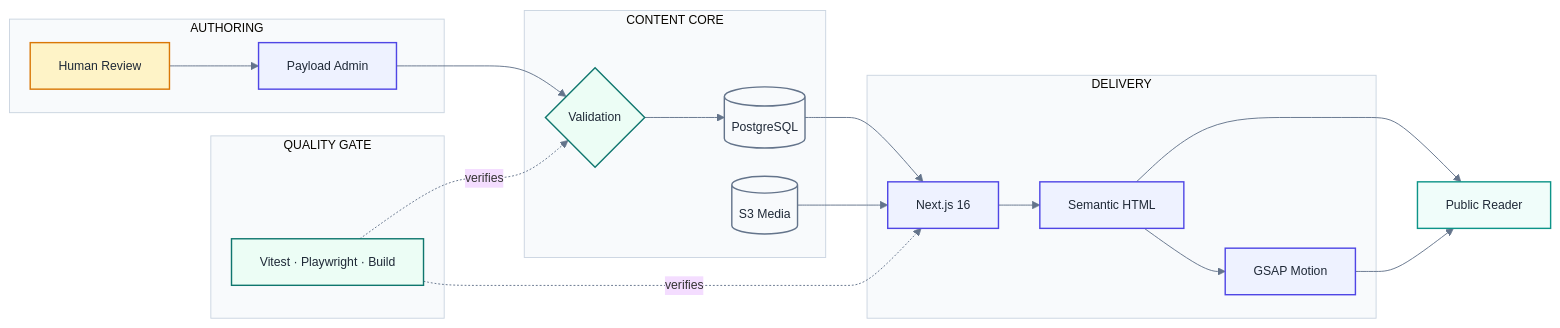
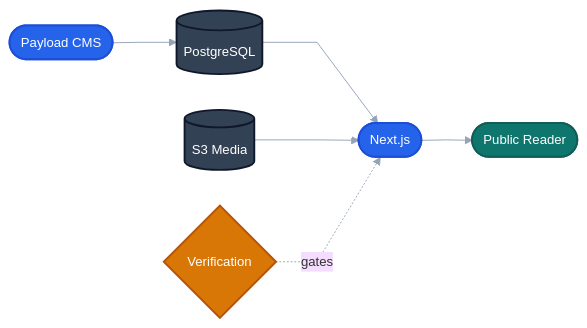
Before and after one commit to drferdi/Kediri-Kings-Century: the second of 4 diagrams in README.md, drawn with Mermaid. The commit also changed other lines of this file, not shown here.

Commit message:
docs(readme): redesign Mermaid diagrams

```diff
--- a/README.md
+++ b/README.md
@@ -381,45 +358,24 @@
 ~~~mermaid
-%%{init: {'theme':'base','flowchart':{'curve':'basis','nodeSpacing':30,'rankSpacing':44},'themeVariables':{'fontFamily':'Inter, ui-sans-serif, system-ui','fontSize':'13px','lineColor':'#64748B','clusterBkg':'#F8FAFC','clusterBorder':'#CBD5E1'}}}%%
+%%{init: {'theme':'base','flowchart':{'curve':'linear','nodeSpacing':38,'rankSpacing':54},'themeVariables':{'fontFamily':'Inter, ui-sans-serif, system-ui','fontSize':'14px','lineColor':'#94A3B8'}}}%%
 flowchart LR
-  subgraph AUTHOR["AUTHORING"]
-    REVIEWER["Human Review"]
-    ADMIN["Payload Admin"]
-  end
+  A(["Payload CMS"])
+  B[("PostgreSQL")]
+  C(["Next.js"])
+  D(["Public Reader"])
+  E[("S3 Media")]
+  F{"Verification"}
 
-  subgraph CORE["CONTENT CORE"]
-    VALIDATE{"Validation"}
-    DB[("PostgreSQL")]
-    S3[("S3 Media")]
-  end
+  A --> B --> C --> D
+  E --> C
+  F -. gates .-> C
 
-  subgraph DELIVERY["DELIVERY"]
-    NEXT["Next.js 16"]
-    HTML["Semantic HTML"]
-    MOTION["GSAP Motion"]
-  end
+  classDef system fill:#2563EB,stroke:#1D4ED8,stroke-width:2px,color:#FFFFFF;
+  classDef data fill:#334155,stroke:#0F172A,stroke-width:2px,color:#FFFFFF;
+  classDef verify fill:#D97706,stroke:#B45309,stroke-width:2px,color:#FFFFFF;
+  classDef output fill:#0F766E,stroke:#115E59,stroke-width:2px,color:#FFFFFF;
 
-  subgraph QA["QUALITY GATE"]
-    VERIFY["Vitest · Playwright · Build"]
-  end
-
-  READER["Public Reader"]
-
-  REVIEWER --> ADMIN --> VALIDATE --> DB --> NEXT
-  S3 --> NEXT
-  NEXT --> HTML --> READER
-  HTML --> MOTION --> READER
-  VERIFY -. verifies .-> VALIDATE
-  VERIFY -. verifies .-> NEXT
-
-  classDef human fill:#FEF3C7,stroke:#D97706,stroke-width:1.5px,color:#1F2937;
-  classDef system fill:#EEF2FF,stroke:#4F46E5,stroke-width:1.5px,color:#1F2937;
-  classDef verified fill:#ECFDF5,stroke:#0F766E,stroke-width:1.5px,color:#1F2937;
-  classDef data fill:#F8FAFC,stroke:#64748B,stroke-width:1.5px,color:#1F2937;
-  classDef public fill:#F0FDFA,stroke:#0D9488,stroke-width:1.5px,color:#1F2937;
-
-  class REVIEWER human;
-  class ADMIN,NEXT,HTML,MOTION system;
-  class VALIDATE,VERIFY verified;
-  class DB,S3 data;
-  class READER public;
+  class A,C system;
+  class B,E data;
+  class F verify;
+  class D output;
 ~~~
```
